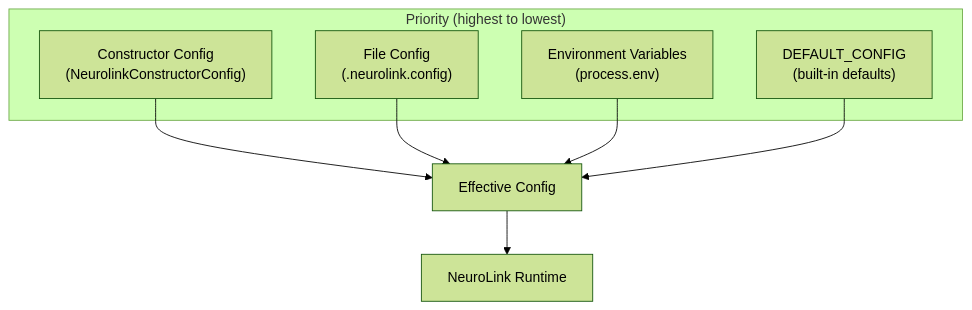
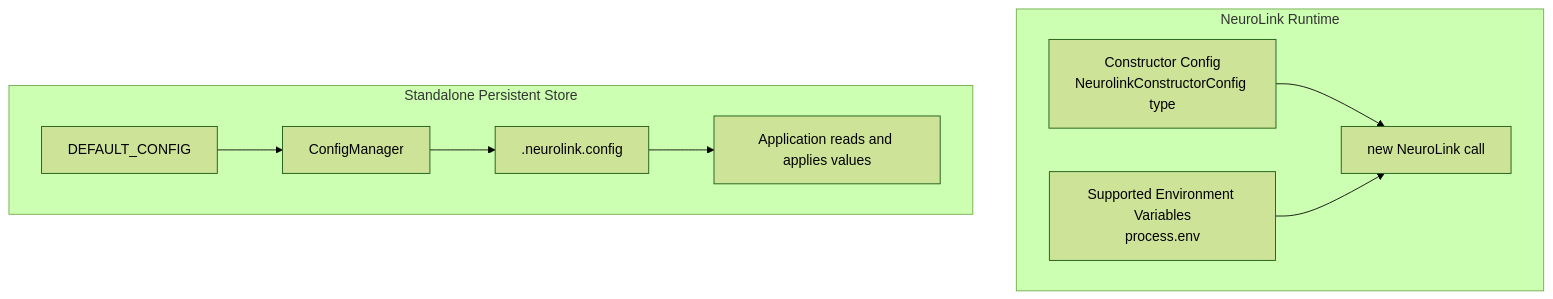
The first of 3 diagrams in _posts/2025-12-17-configuration-deep-dive.md (juspay/neurolink-blog), drawn with Mermaid (forest theme) before and after one commit. The commit also changed other lines of this file and 172 other files, not shown here.

First line of the commit message:
fix(blog): audit every post against NeuroLink v12 and bring it up to date

````diff
--- a/_posts/2025-12-17-configuration-deep-dive.md
+++ b/_posts/2025-12-17-configuration-deep-dive.md
@@ -36,16 +36,13 @@
 ```mermaid
 graph TD
-    A["Constructor Config<br/>(NeurolinkConstructorConfig)"] --> D[Effective Config]
-    B["File Config<br/>(.neurolink.config)"] --> D
-    C["Environment Variables<br/>(process.env)"] --> D
-    E["DEFAULT_CONFIG<br/>(built-in defaults)"] --> D
+    subgraph Runtime["NeuroLink Runtime"]
+        A["Constructor Config<br/>NeurolinkConstructorConfig type"] --> N["new NeuroLink call"]
+        E["Supported Environment Variables<br/>process.env"] --> N
+    end
 
-    D --> F[NeuroLink Runtime]
-
-    subgraph "Priority (highest to lowest)"
-        A
-        B
-        C
-        E
+    subgraph Persistent["Standalone Persistent Store"]
+        C["ConfigManager"] --> F[".neurolink.config"]
+        D["DEFAULT_CONFIG"] --> C
+        F --> APP["Application reads and applies values"]
     end
 ```
````
